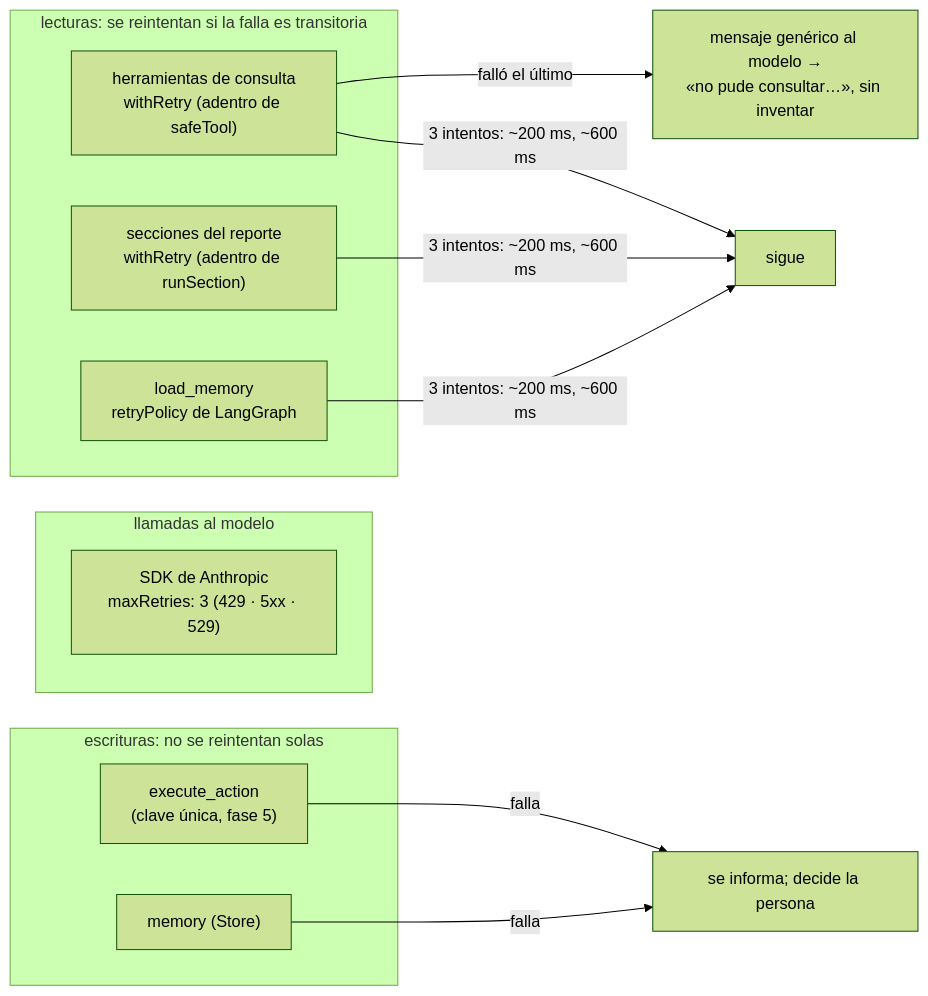
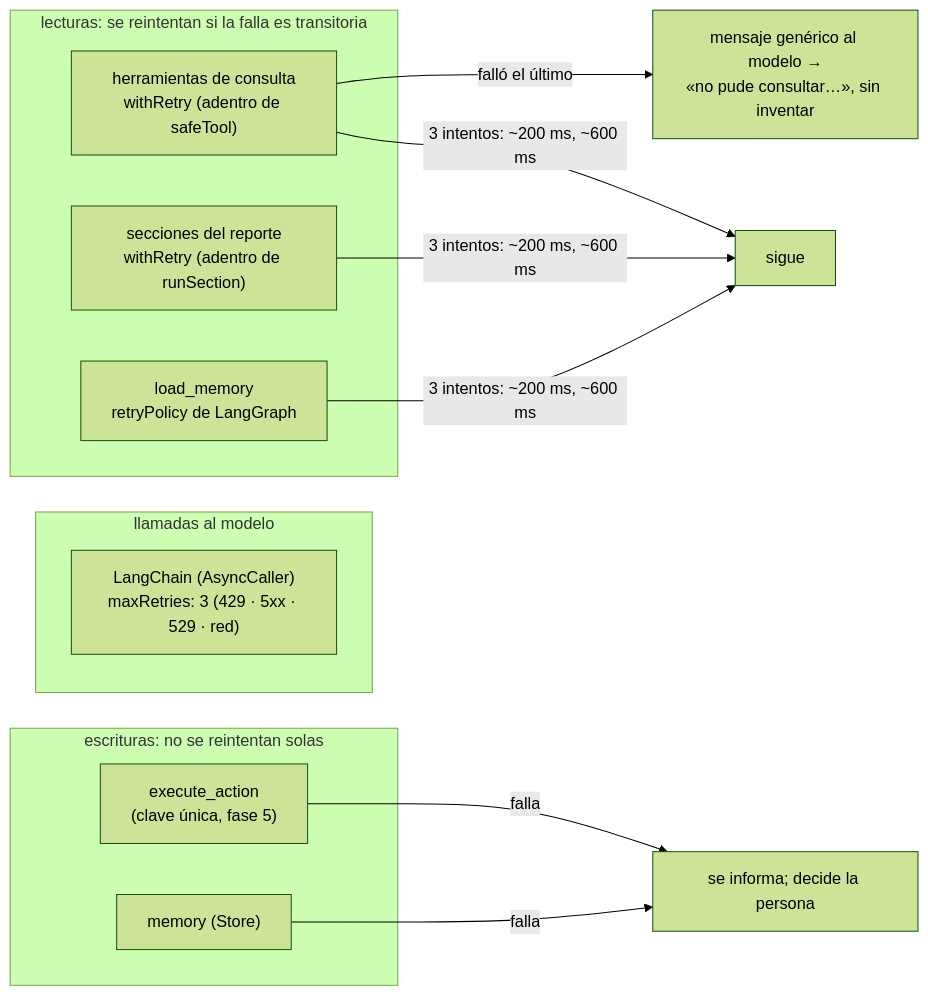
Before and after one commit to BoschiAlbano/copiloto-langgraph: the second of 6 diagrams in specs/fase-10-errores-reintentos.md, drawn with Mermaid (forest theme). The commit also changed other lines of this file and 6 other files, not shown here.

Commit message:
T2: reintentos de las lecturas de la base ante fallas transitorias (isTransient y withRetry en herramientas y secciones; retryPolicy de LangGraph en load_memory); el mensaje de una herramienta caída dice que ya se reintentó; las llamadas al modelo, 3 reintentos (LangChain traía 6)

````diff
--- a/specs/fase-10-errores-reintentos.md
+++ b/specs/fase-10-errores-reintentos.md
@@ -204,18 +204,18 @@
 ```mermaid
 flowchart LR
     subgraph LEC["lecturas: se reintentan si la falla es transitoria"]
         H["herramientas de consulta<br/>withRetry (adentro de safeTool)"]
         SEC["secciones del reporte<br/>withRetry (adentro de runSection)"]
         LM["load_memory<br/>retryPolicy de LangGraph"]
     end
     subgraph MOD["llamadas al modelo"]
-        SDK["SDK de Anthropic<br/>maxRetries: 3 (429 · 5xx · 529)"]
+        SDK["LangChain (AsyncCaller)<br/>maxRetries: 3 (429 · 5xx · 529 · red)"]
     end
     subgraph ESC["escrituras: no se reintentan solas"]
         EX["execute_action<br/>(clave única, fase 5)"]
         MEM["memory (Store)"]
     end
     H & SEC & LM -->|"3 intentos: ~200 ms, ~600 ms"| OK["sigue"]
     H -->|"falló el último"| MSG["mensaje genérico al modelo →<br/>«no pude consultar…», sin inventar"]
     EX & MEM -->|"falla"| INF["se informa; decide la persona"]
 ```
````
